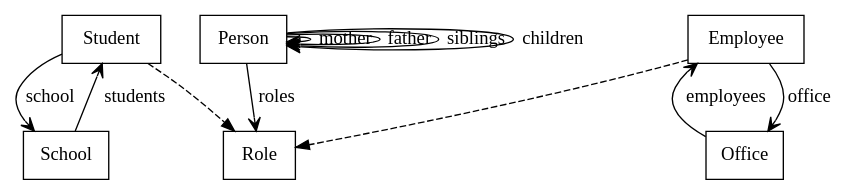
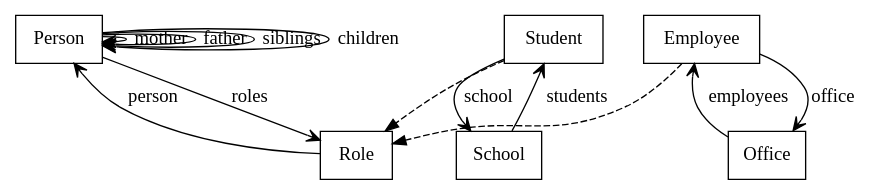
Before and after one commit to louiz/litesql: the diagram in src/examples/exampledatabase.dot, drawn with Graphviz. The commit also changed 17 other files, not shown here.

```diff
--- a/src/examples/exampledatabase.dot
+++ b/src/examples/exampledatabase.dot
@@ -1,24 +1,25 @@
 digraph database {
   node[shape=box,color=black];
   subgraph inheritance {
     edge[style=dashed,dir=forward,arrowhead=normal];
     "Person";
     "Role";
     "Student" -> "Role";
     "Employee" -> "Role";
     "School";
     "Office";
   }
   subgraph relations {
     edge[dir=forward,arrowhead=vee];
     "Person" -> "Person" [label="mother"];
     "Person" -> "Person" [label="father"];
     "Person" -> "Person" [label="siblings"];
     "Person" -> "Person" [label="children"];
     "Person" -> "Role" [label="roles"];
+    "Role" -> "Person" [label="person"];
     "School" -> "Student" [label="students"];
     "Student" -> "School" [label="school"];
     "Employee" -> "Office" [label="office"];
     "Office" -> "Employee" [label="employees"];
   }
 }
```
